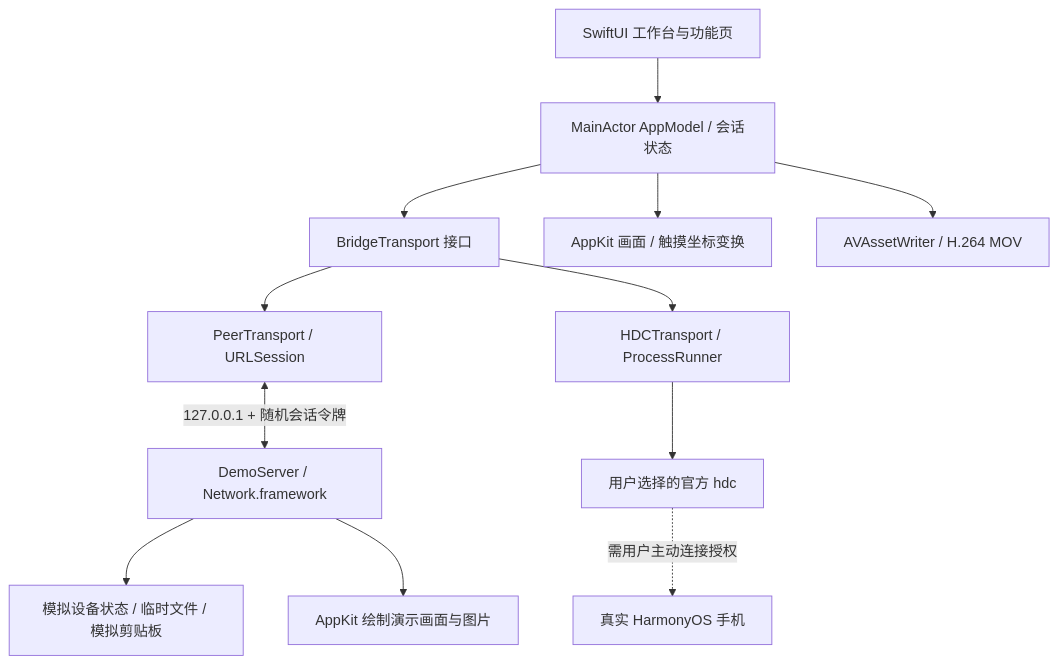
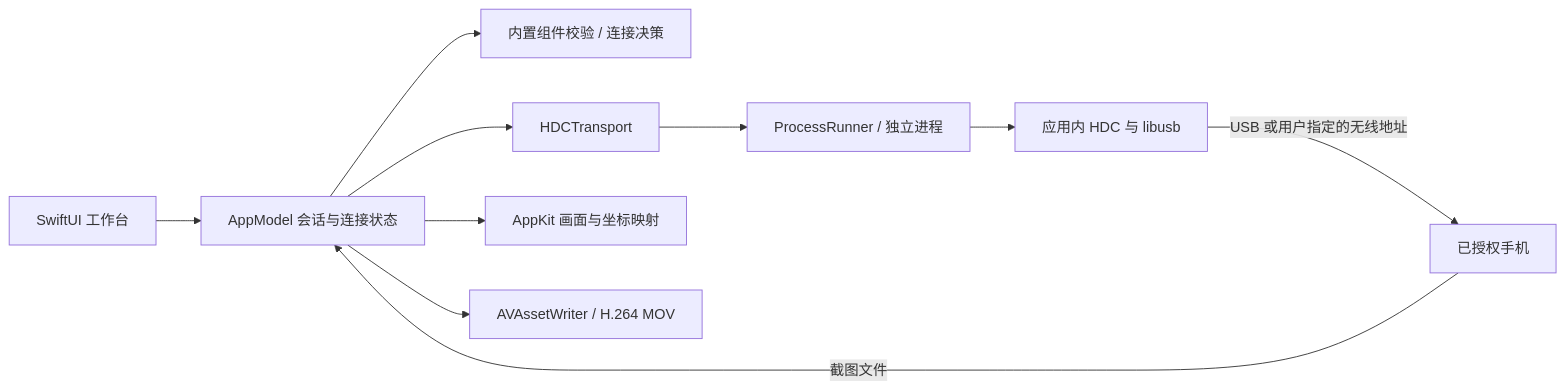
The diagram in docs/原理与架构分析.md (each667094/hongqiao), drawn with Mermaid before and after one commit. The commit also changed other lines of this file and 43 other files, not shown here.

Commit message:
Update Hongqiao to 0.2.0 with bundled HDC and connection setup

````diff
--- a/docs/原理与架构分析.md
+++ b/docs/原理与架构分析.md
@@ -100,14 +9,12 @@
 ```mermaid
-flowchart TB
-  Root[SwiftUI 工作台与功能页] --> Model[MainActor AppModel / 会话状态]
-  Model --> Contract[BridgeTransport 接口]
-  Contract --> Peer[PeerTransport / URLSession]
-  Contract --> HDC[HDCTransport / ProcessRunner]
-  Peer <-->|127.0.0.1 + 随机会话令牌| Demo[DemoServer / Network.framework]
-  Demo --> State[模拟设备状态 / 临时文件 / 模拟剪贴板]
-  Demo --> Art[AppKit 绘制演示画面与图片]
-  HDC --> SDK[用户选择的官方 hdc]
-  SDK -.需用户主动连接授权.-> Phone[真实 HarmonyOS 手机]
-  Model --> Screen[AppKit 画面 / 触摸坐标变换]
-  Model --> Recorder[AVAssetWriter / H.264 MOV]
+flowchart LR
+    UI[SwiftUI 工作台] --> Model[AppModel 会话与连接状态]
+    Model --> Setup[内置组件校验 / 连接决策]
+    Model --> Transport[HDCTransport]
+    Transport --> Runner[ProcessRunner / 独立进程]
+    Runner --> HDC[应用内 HDC 与 libusb]
+    HDC -->|USB 或用户指定的无线地址| Phone[已授权手机]
+    Phone -->|截图文件| Model
+    Model --> Screen[AppKit 画面与坐标映射]
+    Model --> Recording[AVAssetWriter / H.264 MOV]
 ```
````
